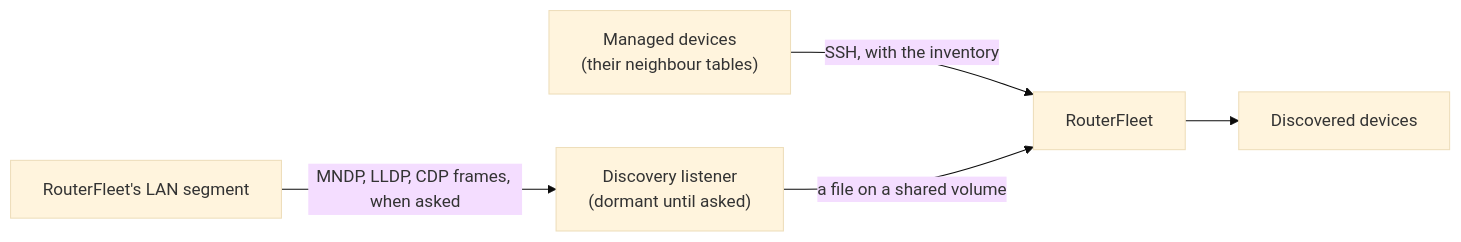
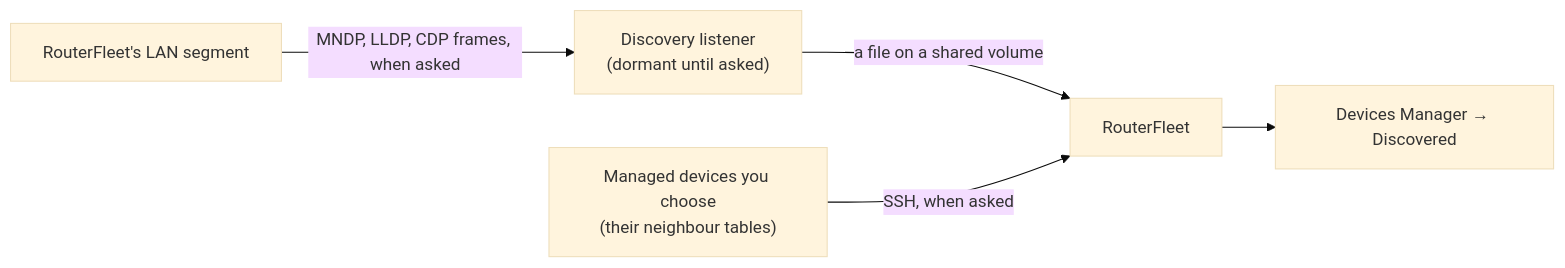
Before and after one commit to alessiobravi/routerfleet_improved: the diagram in docs/discovery.md, drawn with Mermaid (base theme). The commit also changed other lines of this file and 77 other files, not shown here.

Commit message:
0.37.0: Device Discovery (adjacent by default, chosen devices, timeline); Discovered list only; 'device' wording everywhere, Devices Manager; inline confirmations

````diff
--- a/docs/discovery.md
+++ b/docs/discovery.md
@@ -10,7 +18,7 @@
 ```mermaid
 flowchart LR
-    managed["Managed devices<br/>(their neighbour tables)"] -- "SSH, with the inventory" --> app["RouterFleet"]
     lan["RouterFleet's LAN segment"] -- "MNDP, LLDP, CDP frames, when asked" --> listener["Discovery listener<br/>(dormant until asked)"]
-    listener -- "a file on a shared volume" --> app
-    app --> page["Discovered devices"]
+    listener -- "a file on a shared volume" --> app["RouterFleet"]
+    managed["Managed devices you choose<br/>(their neighbour tables)"] -- "SSH, when asked" --> app
+    app --> page["Devices Manager → Discovered"]
 ```
````
